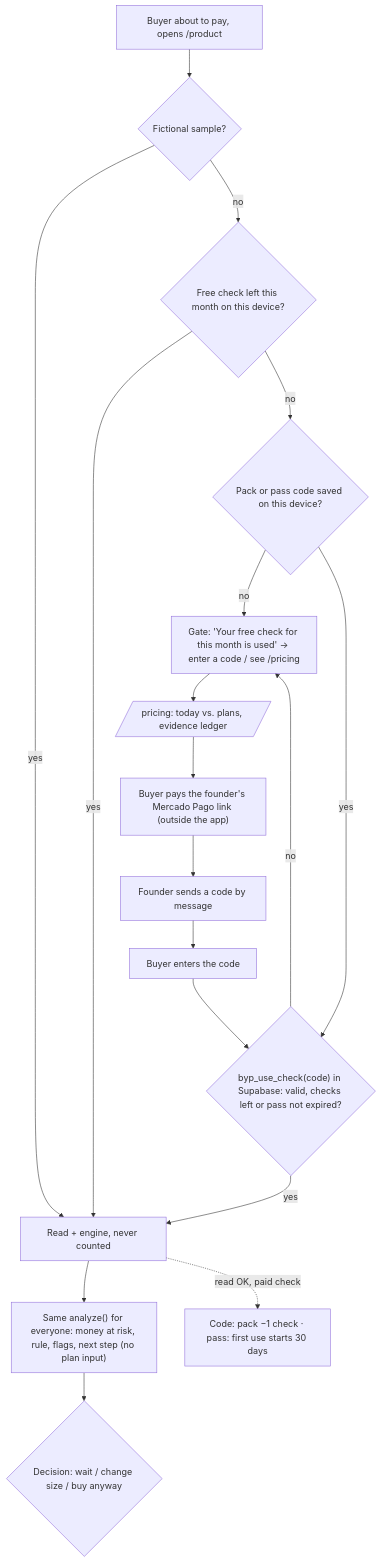
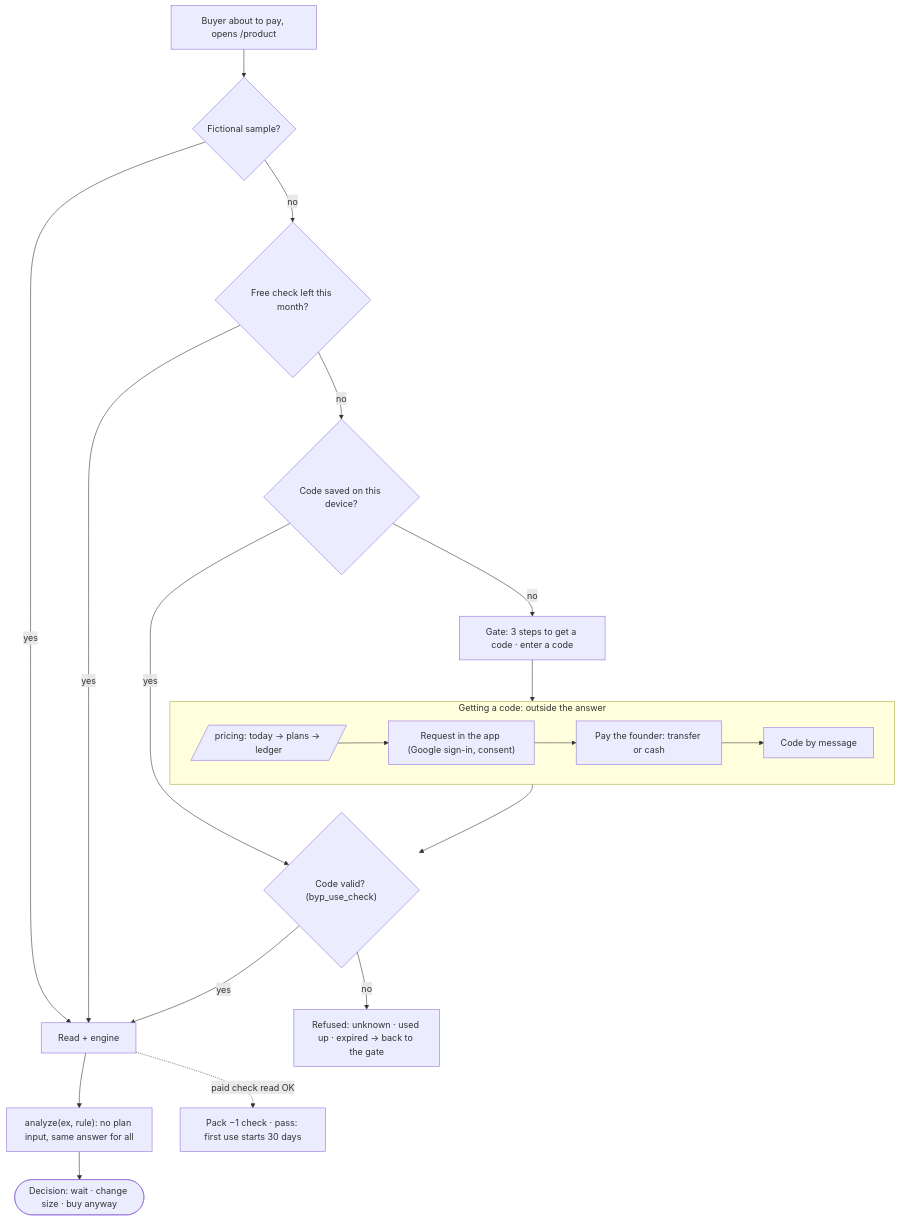
Before and after one commit to KaromBuilds/before-you-pay: the first of 3 diagrams in docs/PACKET.md, drawn with Mermaid. The commit also changed other lines of this file, not shown here.

First line of the commit message:
Packet matches what shipped: transfer or cash instead of a Mercado Pago link, in-app request, Netlify; changes listed in section 11 [skip netlify]

````diff
--- a/docs/PACKET.md
+++ b/docs/PACKET.md
@@ -44,20 +45,21 @@
 ```mermaid
 flowchart TD
     A[Buyer about to pay, opens /product] --> B{Fictional sample?}
-    B -- yes --> R[Read + engine, never counted]
-    B -- no --> C{Free check left this month on this device?}
+    B -- yes --> R[Read + engine]
+    B -- no --> C{Free check left this month?}
     C -- yes --> R
-    C -- no --> D{Pack or pass code saved on this device?}
-    D -- no --> G["Gate: 'Your free check for this month is used' → enter a code / see /pricing"]
-    G --> P[/pricing: today vs. plans, evidence ledger/]
-    P --> MP["Buyer pays the founder's Mercado Pago link (outside the app)"]
-    MP --> F[Founder sends a code by message]
-    F --> E[Buyer enters the code]
-    E --> V{"byp_use_check(code) in Supabase: valid, checks left or pass not expired?"}
-    D -- yes --> V
-    V -- no --> G
+    C -- no --> D{Code saved on this device?}
+    D -- yes --> V{"Code valid? (byp_use_check)"}
+    D -- no --> G["Gate: 3 steps to get a code · enter a code"]
+    G --> GET
+    subgraph GET [Getting a code: outside the answer]
+        direction LR
+        P[/pricing: today → plans → ledger/] --> Q["Request in the app (Google sign-in, consent)"] --> PAY["Pay the founder: transfer or cash"] --> F[Code by message]
+    end
+    GET --> V
+    V -- no --> X["Refused: unknown · used up · expired → back to the gate"]
     V -- yes --> R
-    R --> S["Same analyze() for everyone: money at risk, rule, flags, next step (no plan input)"]
-    S --> T{Decision: wait / change size / buy anyway}
-    R -. read OK, paid check .-> U["Code: pack −1 check · pass: first use starts 30 days"]
+    R --> S["analyze(ex, rule): no plan input, same answer for all"]
+    S --> T([Decision: wait · change size · buy anyway])
+    R -. paid check read OK .-> U["Pack −1 check · pass: first use starts 30 days"]
 ```
````
